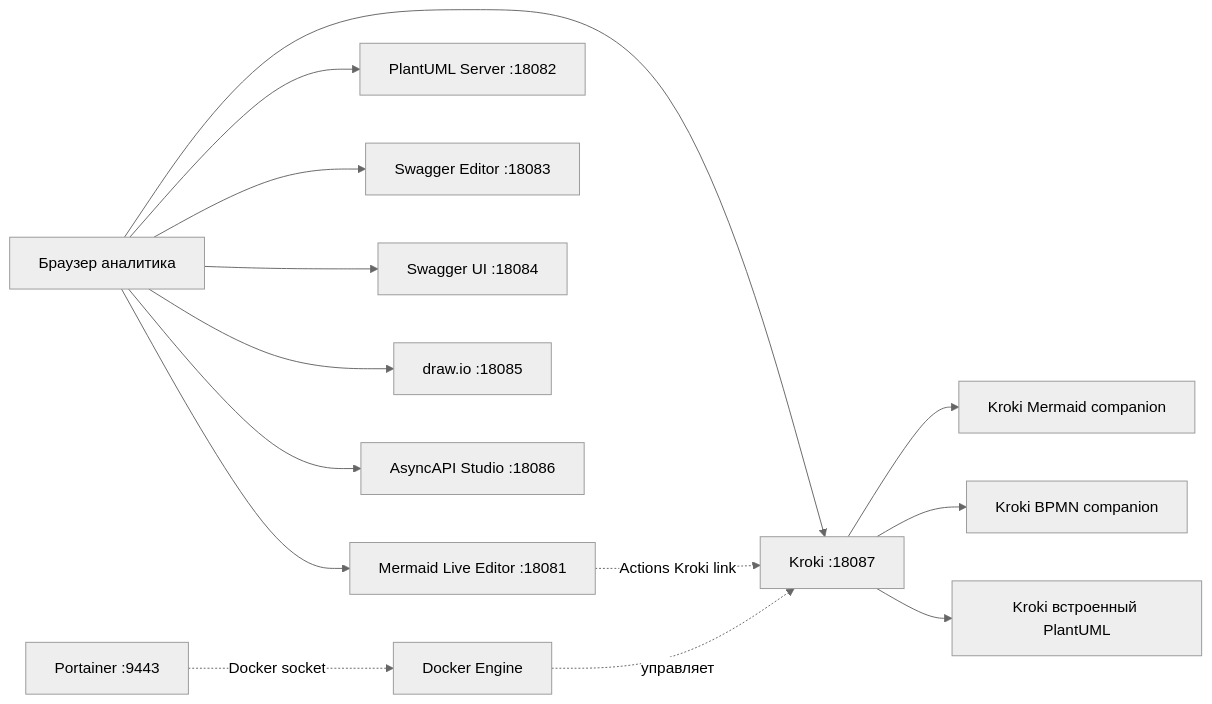
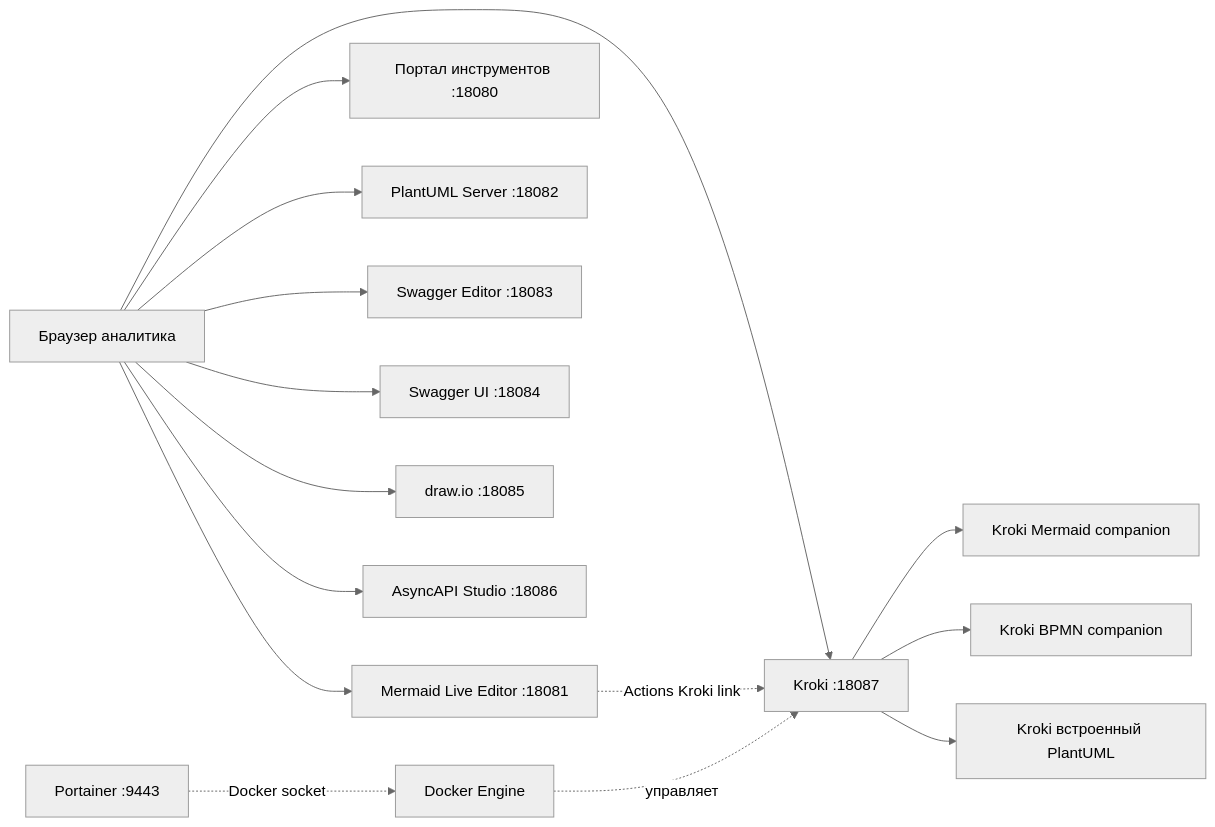
Before and after one commit to DenBond007/CA_instrument_in_docker: the diagram in 01 - Архитектура и порты.md, drawn with Mermaid (neutral theme). The commit also changed other lines of this file and 33 other files, not shown here.

````diff
--- a/01 - Архитектура и порты.md
+++ b/01 - Архитектура и порты.md
@@ -14,16 +15,17 @@
 ```mermaid
 flowchart LR
   Browser[Браузер аналитика] --> Mermaid[Mermaid Live Editor :18081]
+  Browser --> Portal[Портал инструментов :18080]
   Browser --> PlantUML[PlantUML Server :18082]
   Browser --> SwaggerE[Swagger Editor :18083]
   Browser --> SwaggerU[Swagger UI :18084]
   Browser --> Drawio[draw.io :18085]
   Browser --> AsyncAPI[AsyncAPI Studio :18086]
   Browser --> Kroki[Kroki :18087]
   Mermaid -. Actions Kroki link .-> Kroki
   Kroki --> KM[Kroki Mermaid companion]
   Kroki --> KB[Kroki BPMN companion]
   Kroki --> PU[Kroki встроенный PlantUML]
   Portainer[Portainer :9443] -. Docker socket .-> Docker[Docker Engine]
   Docker -. управляет .-> Kroki
 ```
````
